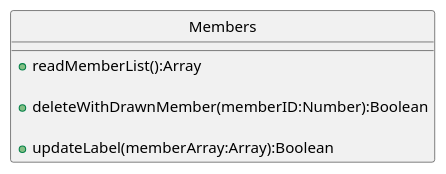
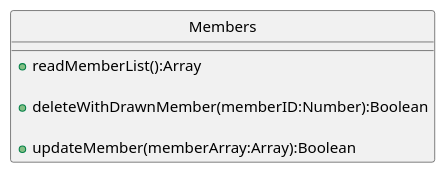
Before and after one commit to technotework/Kanban-tool: the ninth of 9 diagrams in docs/spec.md, drawn with PlantUML. The commit also changed 11 other files, not shown here.

````diff
--- a/docs/spec.md
+++ b/docs/spec.md
@@ -960,19 +960,19 @@
 ```plantuml
 @startuml
 
 class Members {
 
 'メンバーマスター一覧を返す
 + readMemberList():Array
 
 '退会済メンバーを削除する Booleanで成功失敗を返す
 + deleteWithDrawnMember(memberID:Number):Boolean
 
 'メンバーマスターを更新する Booleanで成功失敗を返す
-+ updateLabel(memberArray:Array):Boolean
++ updateMember(memberArray:Array):Boolean
 
 }
 
 hide  circle
 @enduml
 ```
````
